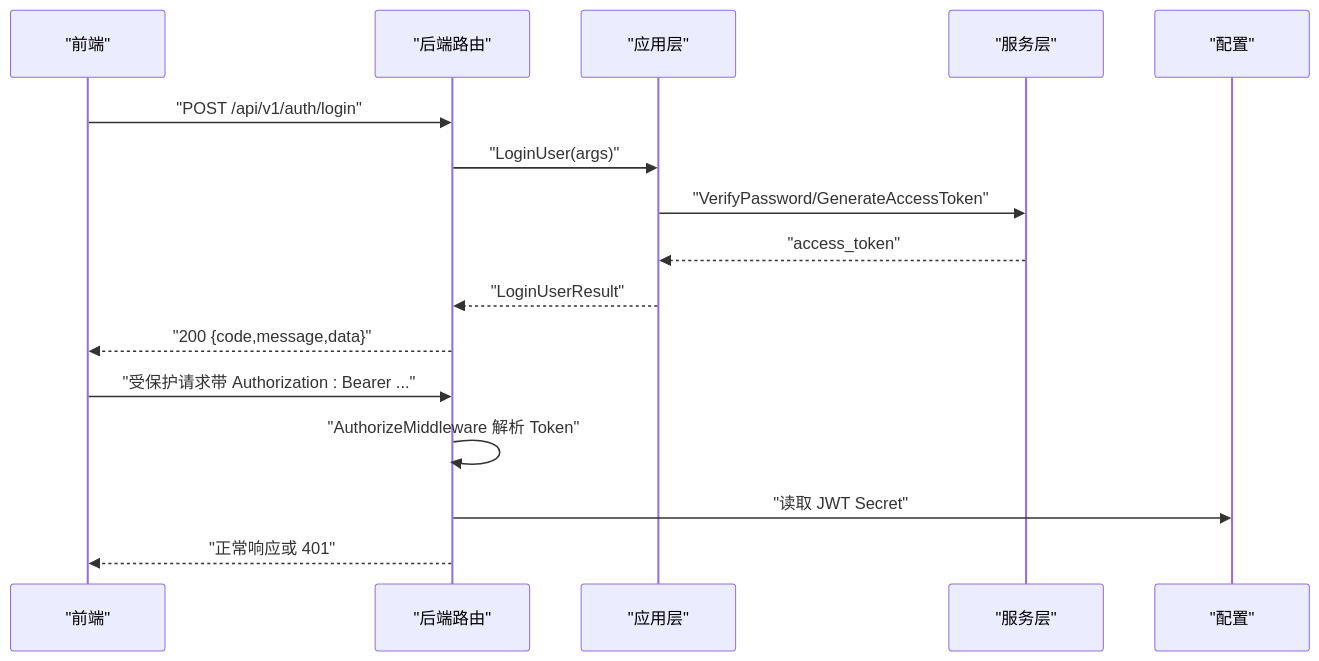
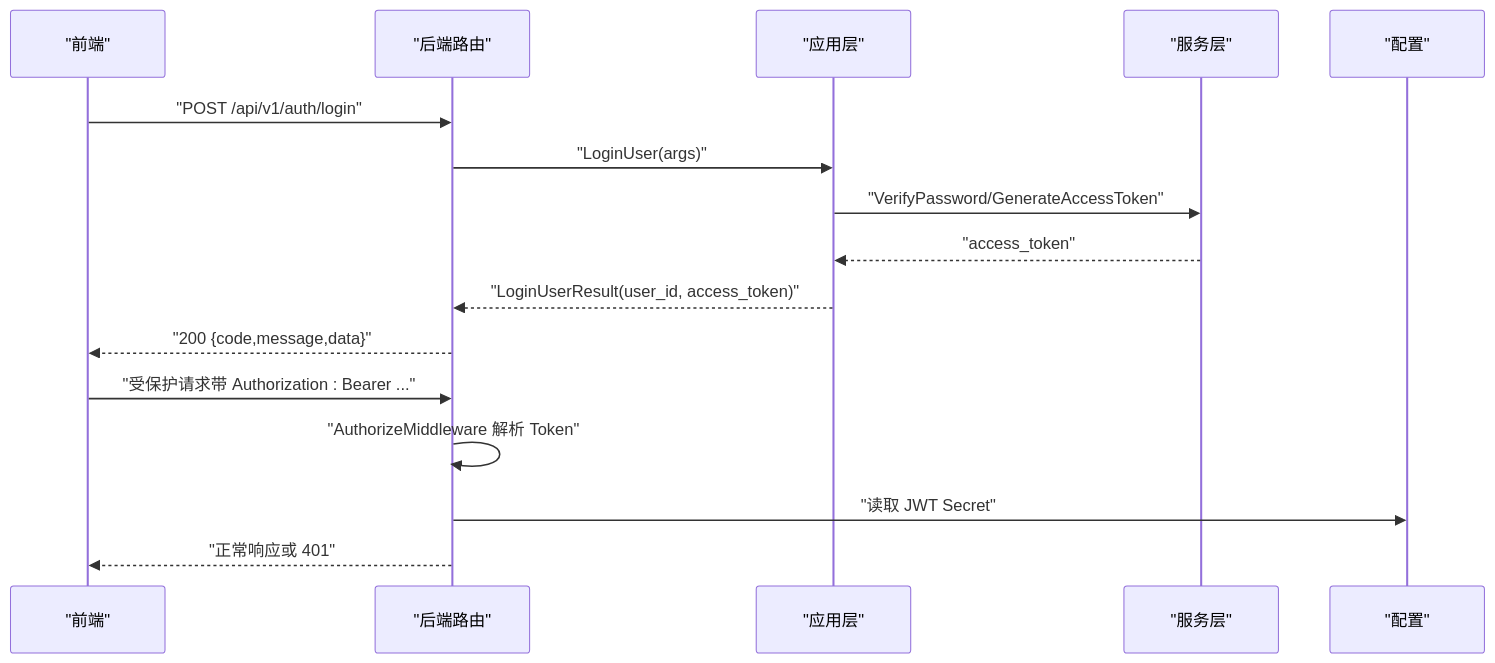
Before and after one commit to ATOMLubover/poprako: the second of 4 diagrams in .qoder/repowiki/zh/content/API 接口文档/认证接口.md, drawn with Mermaid. The commit also changed other lines of this file and 22 other files, not shown here.

````diff
--- a/.qoder/repowiki/zh/content/API 接口文档/认证接口.md
+++ b/.qoder/repowiki/zh/content/API 接口文档/认证接口.md
@@ -84,18 +94,18 @@
 ```mermaid
 sequenceDiagram
 participant FE as "前端"
 participant API as "后端路由"
 participant APP as "应用层"
 participant SVC as "服务层"
 participant CFG as "配置"
 FE->>API : "POST /api/v1/auth/login"
 API->>APP : "LoginUser(args)"
 APP->>SVC : "VerifyPassword/GenerateAccessToken"
 SVC-->>APP : "access_token"
-APP-->>API : "LoginUserResult"
+APP-->>API : "LoginUserResult(user_id, access_token)"
 API-->>FE : "200 {code,message,data}"
 FE->>API : "受保护请求带 Authorization : Bearer ..."
 API->>API : "AuthorizeMiddleware 解析 Token"
 API->>CFG : "读取 JWT Secret"
 API-->>FE : "正常响应或 401"
 ```
````
